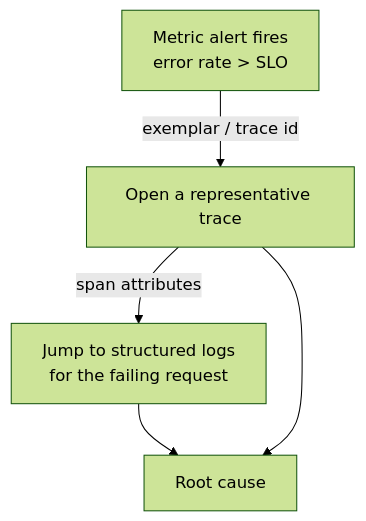
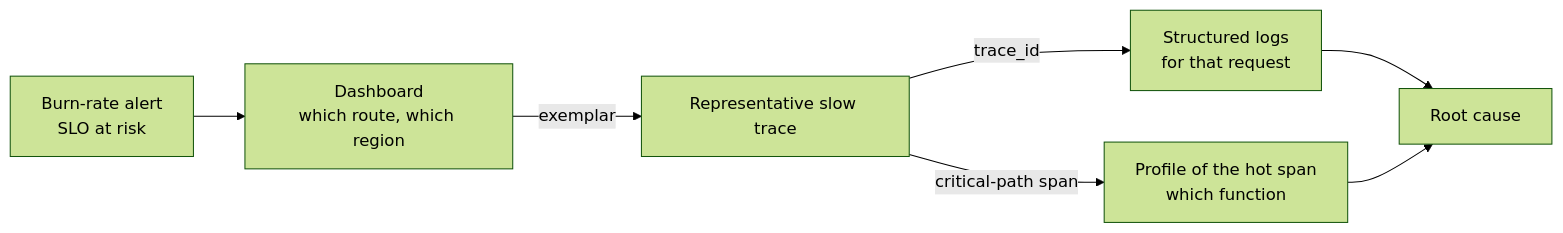
Before and after one commit to AndrewAltimit/Documentation: the first of 3 diagrams in github-pages/docs/observability/index.md, drawn with Mermaid (forest theme). The commit also changed other lines of this file and 240 other files, not shown here.

````diff
--- a/github-pages/docs/observability/index.md
+++ b/github-pages/docs/observability/index.md
@@ -68,7 +71,9 @@
 ```mermaid
-flowchart TD
-    Alert["Metric alert fires<br/>error rate &gt; SLO"] -->|exemplar / trace id| Trace["Open a representative trace"]
-    Trace -->|span attributes| Log["Jump to structured logs<br/>for the failing request"]
-    Log --> Root["Root cause"]
-    Trace --> Root
+flowchart LR
+    Alert["Burn-rate alert<br/>SLO at risk"] --> Dash["Dashboard<br/>which route, which region"]
+    Dash -->|exemplar| Trace["Representative slow trace"]
+    Trace -->|critical-path span| Profile["Profile of the hot span<br/>which function"]
+    Trace -->|trace_id| Logs["Structured logs<br/>for that request"]
+    Logs --> Cause["Root cause"]
+    Profile --> Cause
 ```
````
